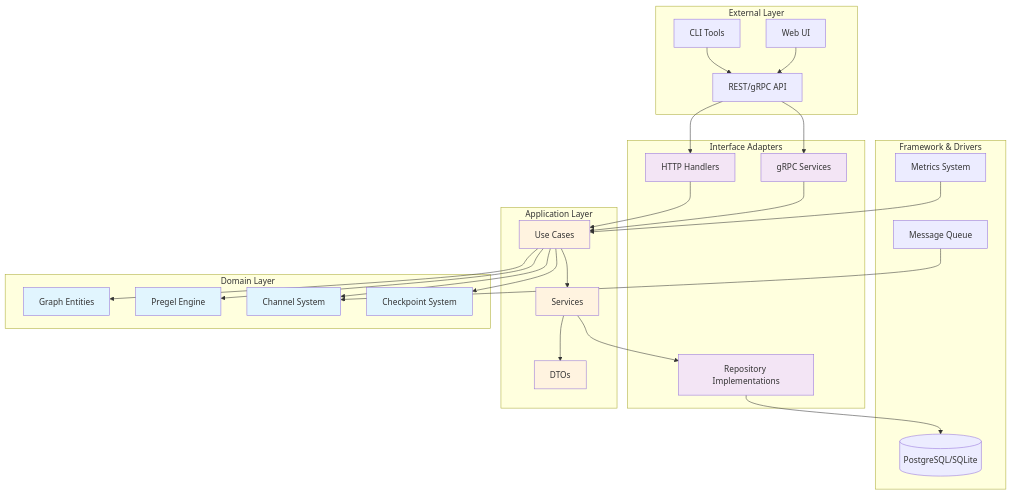
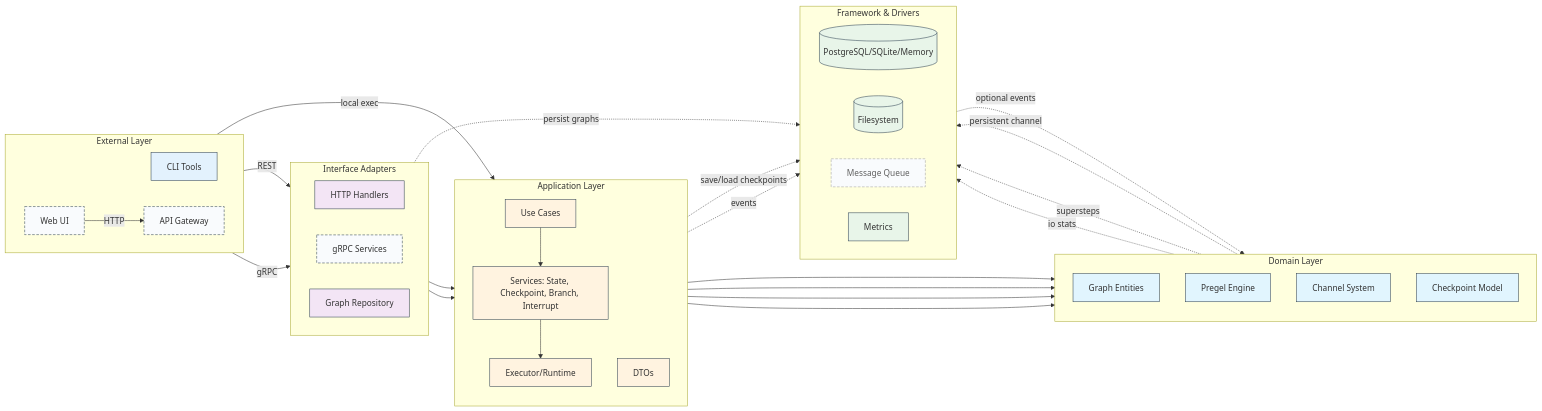
The diagram in README.md (raja-aiml/flowgraph), drawn with Mermaid before and after one commit.

````diff
--- a/README.md
+++ b/README.md
@@ -79,65 +79,88 @@
 ```mermaid
-graph TB
-    subgraph "External Layer"
-        CLI[CLI Tools]
-        API[REST/gRPC API]
-        WEB[Web UI]
-    end
-    
-    subgraph "Framework & Drivers"
-        DB[(PostgreSQL/SQLite)]
-        MQ[Message Queue]
-        METRICS[Metrics System]
-    end
-    
-    subgraph "Interface Adapters"
-        REPO[Repository Implementations]
-        HTTP[HTTP Handlers]
-        GRPC[gRPC Services]
-    end
-    
-    subgraph "Application Layer"
-        UC[Use Cases]
-        SVC[Services]
-        DTO[DTOs]
-    end
-    
-    subgraph "Domain Layer"
-        GRAPH[Graph Entities]
-        PREGEL[Pregel Engine]
-        CHANNEL[Channel System]
-        CHECKPOINT[Checkpoint System]
-    end
-    
-    CLI --> API
-    API --> HTTP
-    API --> GRPC
-    WEB --> API
-    
-    HTTP --> UC
-    GRPC --> UC
-    UC --> SVC
-    SVC --> DTO
-    
-    UC --> GRAPH
-    UC --> PREGEL
-    UC --> CHANNEL
-    UC --> CHECKPOINT
-    
-    SVC --> REPO
-    REPO --> DB
-    
-    METRICS --> UC
-    MQ --> CHANNEL
-    
-    style GRAPH fill:#e1f5fe
-    style PREGEL fill:#e1f5fe
-    style CHANNEL fill:#e1f5fe
-    style CHECKPOINT fill:#e1f5fe
-    style UC fill:#fff3e0
-    style SVC fill:#fff3e0
-    style DTO fill:#fff3e0
-    style REPO fill:#f3e5f5
-    style HTTP fill:#f3e5f5
-    style GRPC fill:#f3e5f5
+graph LR
+  %% Classes for consistent styling
+  classDef domain fill:#e1f5fe,stroke:#2c3e50,stroke-width:1px
+  classDef app fill:#fff3e0,stroke:#2c3e50,stroke-width:1px
+  classDef adapter fill:#f3e5f5,stroke:#2c3e50,stroke-width:1px
+  classDef driver fill:#e8f5e9,stroke:#2c3e50,stroke-width:1px
+  classDef external fill:#e3f2fd,stroke:#2c3e50,stroke-width:1px
+  classDef planned fill:#f9fbfd,stroke:#2c3e50,stroke-dasharray: 5 3
+  classDef optional fill:#f9fbfd,stroke:#9e9e9e,stroke-dasharray: 5 3,color:#616161
+
+  %% External
+  subgraph EXT["External Layer"]
+    direction LR
+    CLI[CLI Tools]
+    API[API Gateway]
+    WEB[Web UI]
+  end
+  class CLI,API,WEB external
+  class API,WEB planned
+
+  %% Interface Adapters
+  subgraph ADP["Interface Adapters"]
+    direction LR
+    HTTP[HTTP Handlers]
+    GRPC[gRPC Services]
+    REPO[Graph Repository]
+  end
+  class HTTP,GRPC,REPO adapter
+  class GRPC planned
+
+  %% Application Layer
+  subgraph APP["Application Layer"]
+    direction TB
+    UC[Use Cases]
+    SVC[Services: State, Checkpoint, Branch, Interrupt]
+    RUNTIME[Executor/Runtime]
+    DTO[DTOs]
+  end
+  class UC,SVC,RUNTIME,DTO app
+
+  %% Domain Layer
+  subgraph DOM["Domain Layer"]
+    direction TB
+    GRAPH[Graph Entities]
+    PREGEL[Pregel Engine]
+    CHANNEL[Channel System]
+    CHECKPOINT[Checkpoint Model]
+  end
+  class GRAPH,PREGEL,CHANNEL,CHECKPOINT domain
+
+  %% Framework & Drivers
+  subgraph DRV["Framework & Drivers"]
+    direction LR
+    DB[(PostgreSQL/SQLite/Memory)]
+    FS[(Filesystem)]
+    MQ[Message Queue]
+    METRICS[Metrics]
+  end
+  class DB,FS,MQ,METRICS driver
+  class MQ optional
+
+  %% Control flow
+  CLI -->|local exec| RUNTIME
+  API -->|REST| HTTP
+  API -->|gRPC| GRPC
+  WEB -->|HTTP| API
+
+  HTTP --> UC
+  GRPC --> UC
+  UC --> SVC
+  SVC --> RUNTIME
+  RUNTIME --> GRAPH
+  RUNTIME --> PREGEL
+  RUNTIME --> CHANNEL
+  RUNTIME --> CHECKPOINT
+
+  %% Persistence / drivers (dashed)
+  REPO -.->|persist graphs| DB
+  SVC -.->|save/load checkpoints| DB
+  CHANNEL -.->|persistent channel| FS
+
+  %% Observability / events (dotted/dashed)
+  RUNTIME -.->|events| METRICS
+  PREGEL -.->|supersteps| METRICS
+  CHANNEL -.->|io stats| METRICS
+  MQ -.->|optional events| CHANNEL
 ```
````
